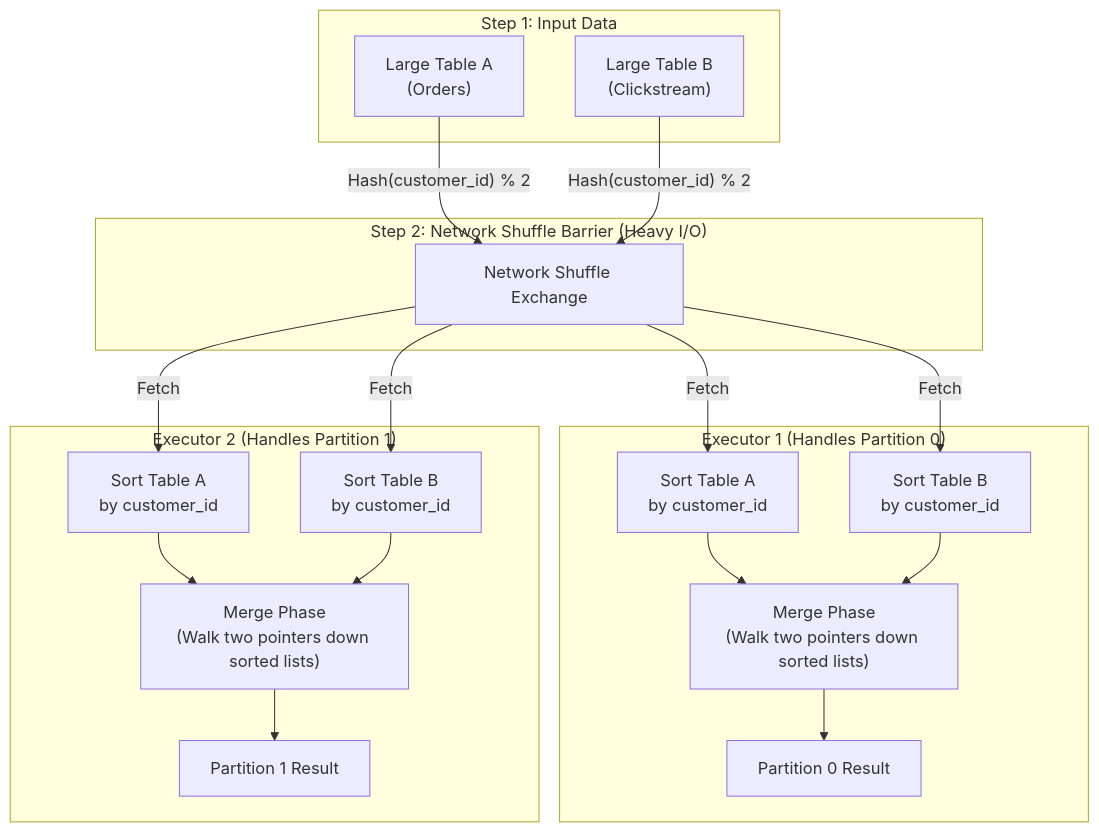
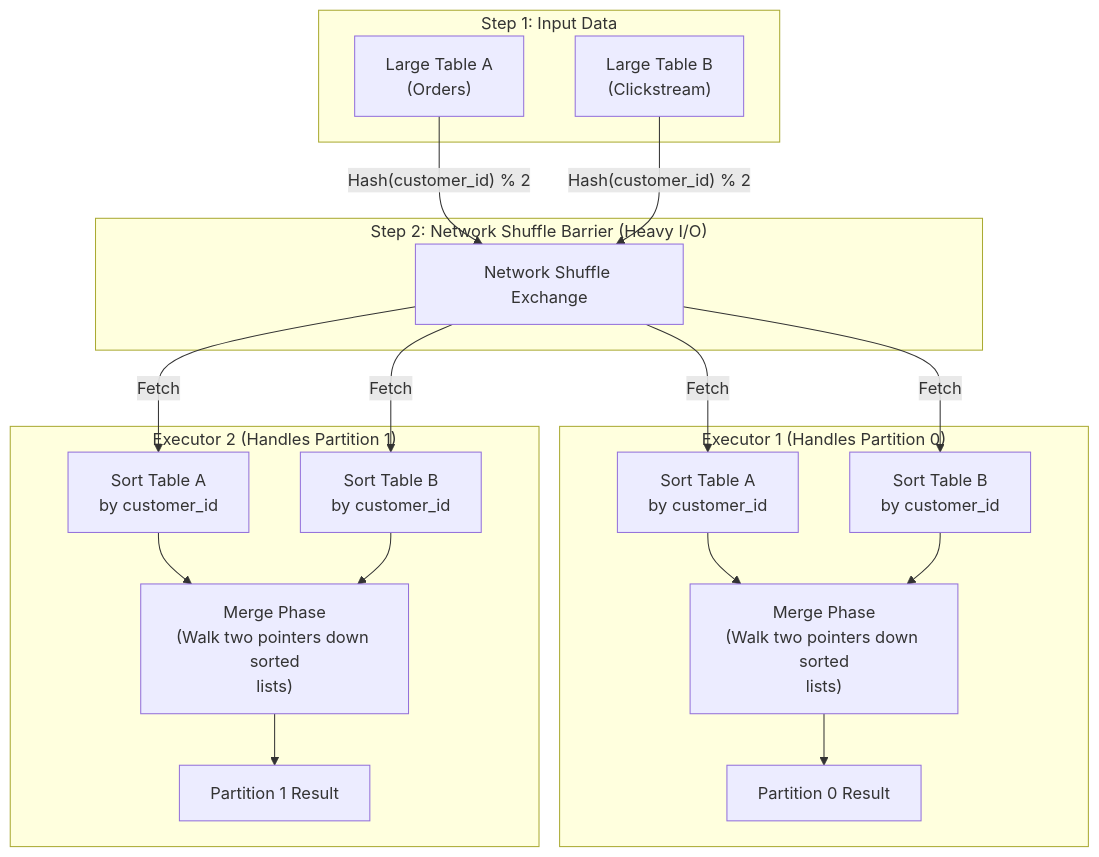
One commit to santoshjammi29/moderndataengineer changed the fifth of 9 diagrams in docs/engineering/distributed_core_joins_and_skew_deep_dive.md. Above: the diagram before and after it, drawn with Mermaid. The commit also changed other lines of this file and 29 other files, not shown here.

Commit message:
fix(diagrams): word-wrap labels and escape comparison operators across all diagrams

````diff
--- a/docs/engineering/distributed_core_joins_and_skew_deep_dive.md
+++ b/docs/engineering/distributed_core_joins_and_skew_deep_dive.md
@@ -178,28 +178,28 @@
 ```mermaid
 flowchart TD
     subgraph InputStage ["Step 1: Input Data"]
-        TableA["Large Table A\n(Orders)"]
-        TableB["Large Table B\n(Clickstream)"]
+        TableA["Large Table A<br/>(Orders)"]
+        TableB["Large Table B<br/>(Clickstream)"]
     end
 
     subgraph ShuffleNetwork ["Step 2: Network Shuffle Barrier (Heavy I/O)"]
         TableA -->|"Hash(customer_id) % 2"| Netty["Network Shuffle Exchange"]
         TableB -->|"Hash(customer_id) % 2"| Netty
     end
 
     subgraph Exec1 ["Executor 1 (Handles Partition 0)"]
-        Netty -->|"Fetch"| SortA1["Sort Table A\nby customer_id"]
-        Netty -->|"Fetch"| SortB1["Sort Table B\nby customer_id"]
-        SortA1 --> Merge1["Merge Phase\n(Walk two pointers down sorted lists)"]
+        Netty -->|"Fetch"| SortA1["Sort Table A<br/>by customer_id"]
+        Netty -->|"Fetch"| SortB1["Sort Table B<br/>by customer_id"]
+        SortA1 --> Merge1["Merge Phase<br/>(Walk two pointers down sorted<br/>lists)"]
         SortB1 --> Merge1
         Merge1 --> Output1["Partition 0 Result"]
     end
 
     subgraph Exec2 ["Executor 2 (Handles Partition 1)"]
-        Netty -->|"Fetch"| SortA2["Sort Table A\nby customer_id"]
-        Netty -->|"Fetch"| SortB2["Sort Table B\nby customer_id"]
-        SortA2 --> Merge2["Merge Phase\n(Walk two pointers down sorted lists)"]
+        Netty -->|"Fetch"| SortA2["Sort Table A<br/>by customer_id"]
+        Netty -->|"Fetch"| SortB2["Sort Table B<br/>by customer_id"]
+        SortA2 --> Merge2["Merge Phase<br/>(Walk two pointers down sorted<br/>lists)"]
         SortB2 --> Merge2
         Merge2 --> Output2["Partition 1 Result"]
     end
 ```
````
